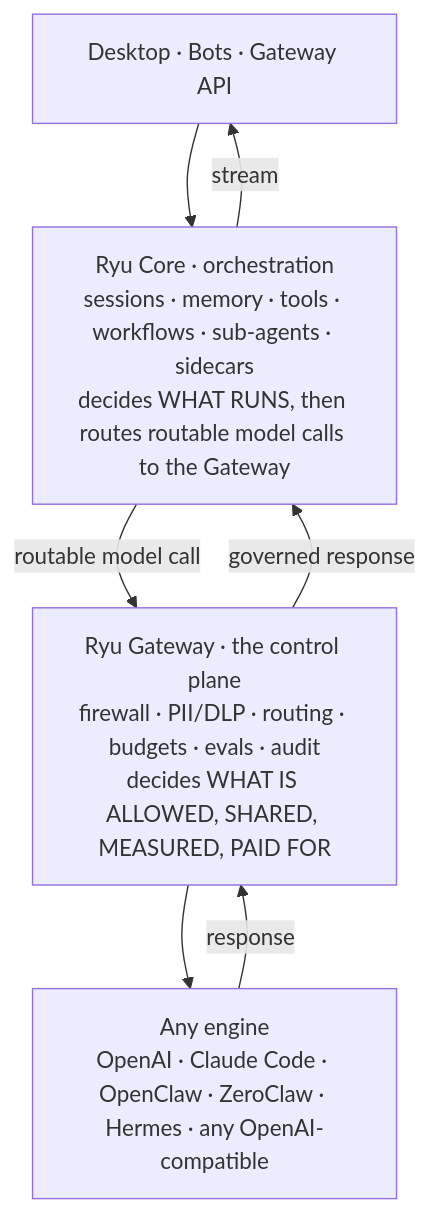
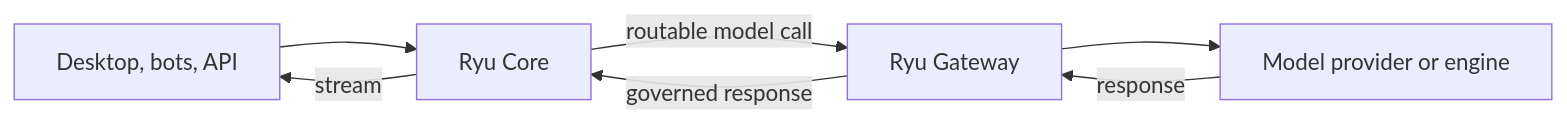
The first of 2 diagrams in content/docs/start-here/architecture/why-ryu.mdx (amajorai/ryu-docs), drawn with Mermaid before and after one commit. The commit also changed other lines of this file and 2642 other files, not shown here.

````diff
--- a/content/docs/start-here/architecture/why-ryu.mdx
+++ b/content/docs/start-here/architecture/why-ryu.mdx
@@ -48,11 +52,9 @@
 ```mermaid
-flowchart TD
-  S["Desktop · Bots · Gateway API"] --> C
-    C["Ryu Core · orchestration\nsessions · memory · tools · workflows · sub-agents · sidecars\ndecides WHAT RUNS, then routes routable model calls to the Gateway"]
-    C -->|"routable model call"| G
-  G["Ryu Gateway · the control plane\nfirewall · PII/DLP · routing · budgets · evals · audit\ndecides WHAT IS ALLOWED, SHARED, MEASURED, PAID FOR"]
-  G --> E["Any engine\nOpenAI · Claude Code · OpenClaw · ZeroClaw · Hermes · any OpenAI-compatible"]
+flowchart LR
+  S["Desktop, bots, API"] --> C["Ryu Core"]
+  C -->|"routable model call"| G["Ryu Gateway"]
+  G --> E["Model provider or engine"]
   E -->|"response"| G
   G -->|"governed response"| C
   C -->|"stream"| S
 ```
````
